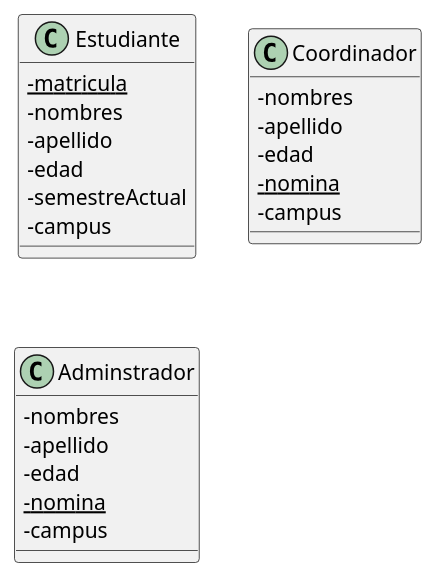
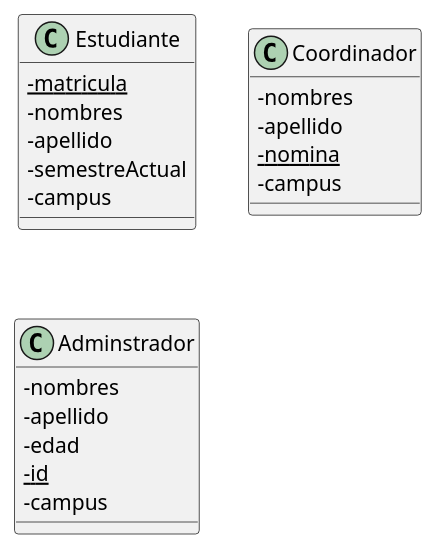
The diagram in Reto/Base de datos.md (facund015/codeRelatedObsidianNotes), drawn with PlantUML before and after one commit.

Commit message:
vault backup: 2021-10-12 12:08:02

````diff
--- a/Reto/Base de datos.md
+++ b/Reto/Base de datos.md
@@ -2,30 +2,28 @@
 ```plantuml
 @startuml
 skinparam classAttributeIconSize 0
 class Estudiante {
 	{static} -matricula
 	-nombres
 	-apellido
-	-edad
 	-semestreActual
 	-campus
 }
 
 class Coordinador {
 	-nombres
 	-apellido
-	-edad
 	{static} -nomina
 	-campus
 }
 
 class Adminstrador {
 	-nombres
 	-apellido
 	-edad
-	{static} -nomina
+	{static} -id
 	-campus
 }
 
 @enduml
 ```
````
